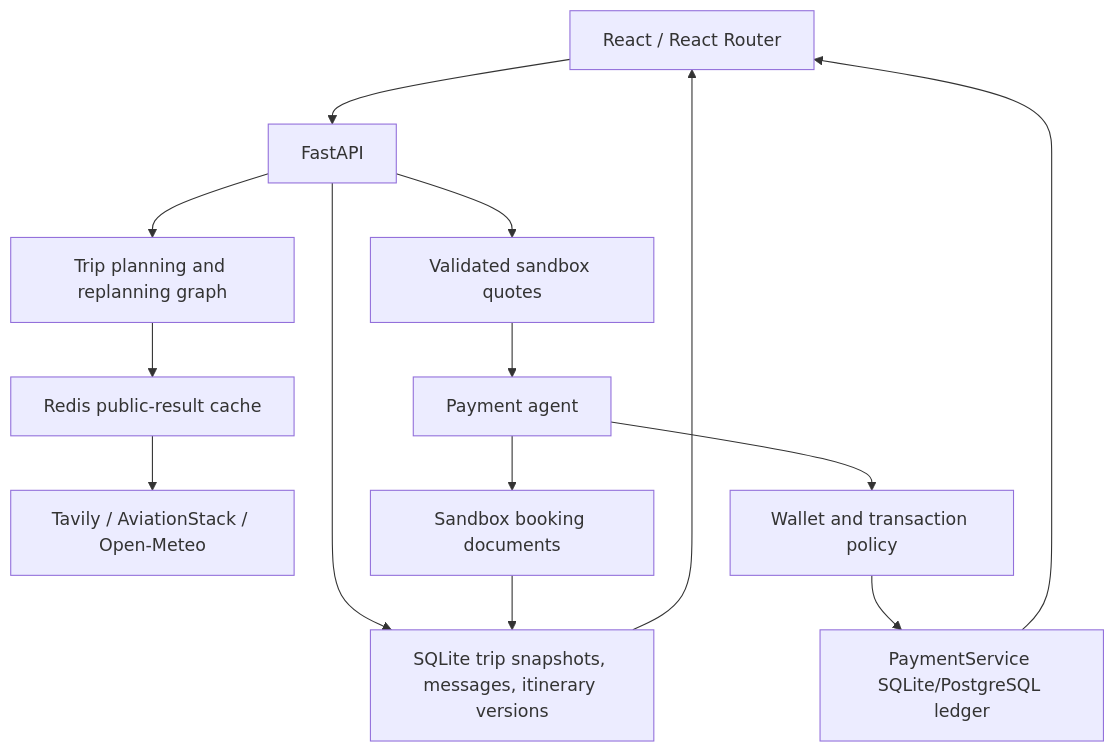
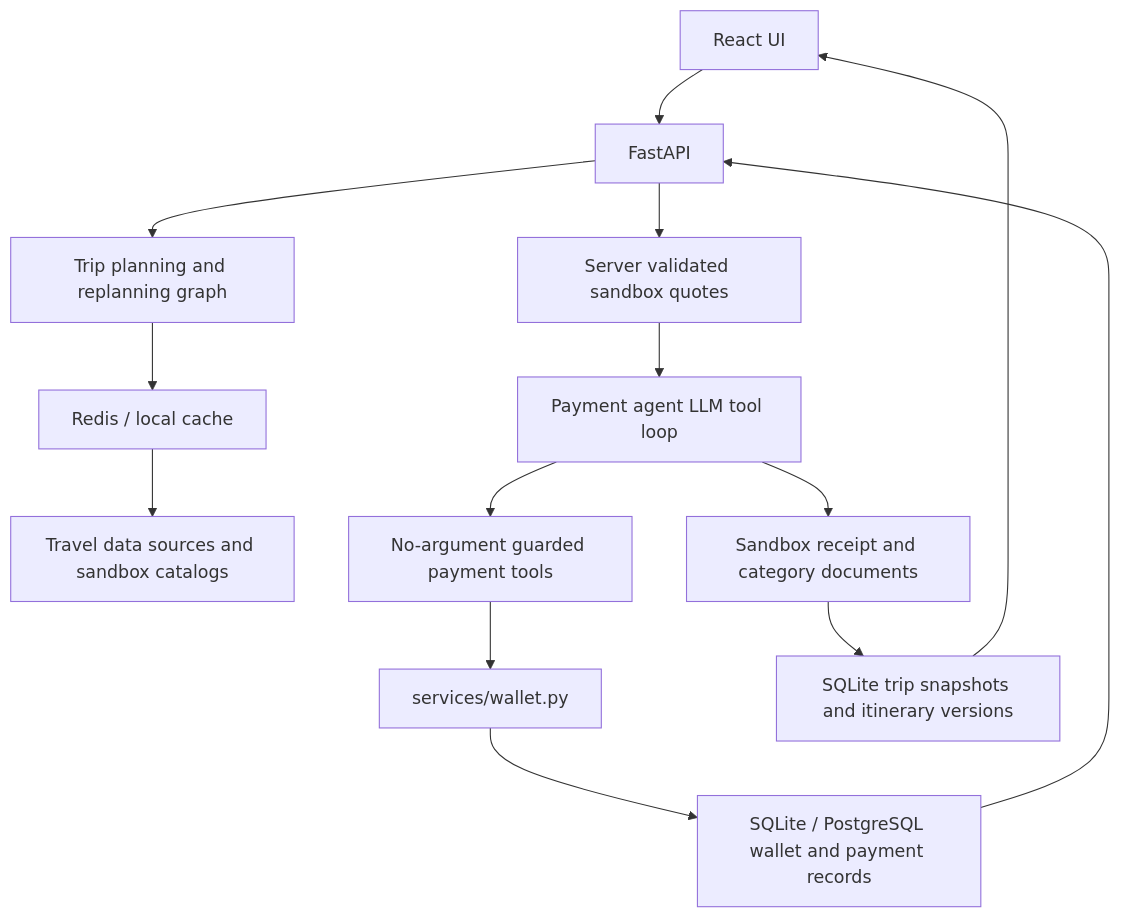
The diagram in brain/architecture.md (Krishacde/AI_FINAL), drawn with Mermaid before and after one commit. The commit also changed other lines of this file and 30 other files, not shown here.

````diff
--- a/brain/architecture.md
+++ b/brain/architecture.md
@@ -20,16 +20,16 @@
 ```mermaid
 graph TD
-  UI[React / React Router] --> API[FastAPI]
+  UI[React UI] --> API[FastAPI]
   API --> PLAN[Trip planning and replanning graph]
-  PLAN --> CACHE[Redis public-result cache]
-  CACHE --> RESEARCH[Tavily / AviationStack / Open-Meteo]
-  API --> TRIPS[SQLite trip snapshots, messages, itinerary versions]
-  API --> QUOTE[Validated sandbox quotes]
-  QUOTE --> AGENT[Payment agent]
-  AGENT --> POLICY[Wallet and transaction policy]
-  POLICY --> LEDGER[PaymentService SQLite/PostgreSQL ledger]
-  AGENT --> DOCS[Sandbox booking documents]
-  DOCS --> TRIPS
+  PLAN --> CACHE[Redis / local cache]
+  CACHE --> SOURCES[Travel data sources and sandbox catalogs]
+  API --> QUOTES[Server validated sandbox quotes]
+  QUOTES --> AGENT[Payment agent LLM tool loop]
+  AGENT --> TOOLS[No-argument guarded payment tools]
+  TOOLS --> WALLET[services/wallet.py]
+  WALLET --> DB[SQLite / PostgreSQL wallet and payment records]
+  AGENT --> DOCS[Sandbox receipt and category documents]
+  DOCS --> TRIPS[SQLite trip snapshots and itinerary versions]
+  DB --> API
   TRIPS --> UI
-  LEDGER --> UI
 ```
````
